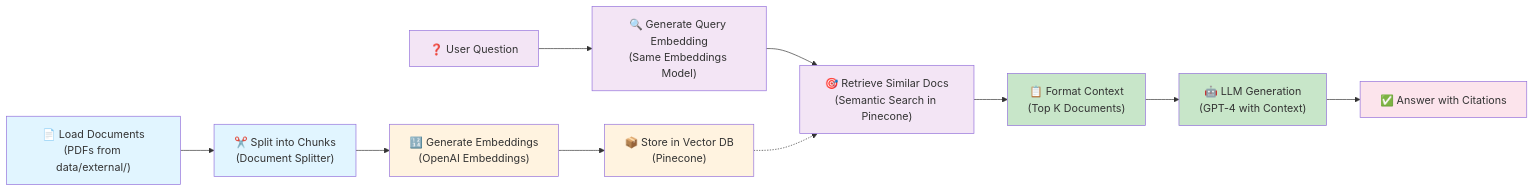
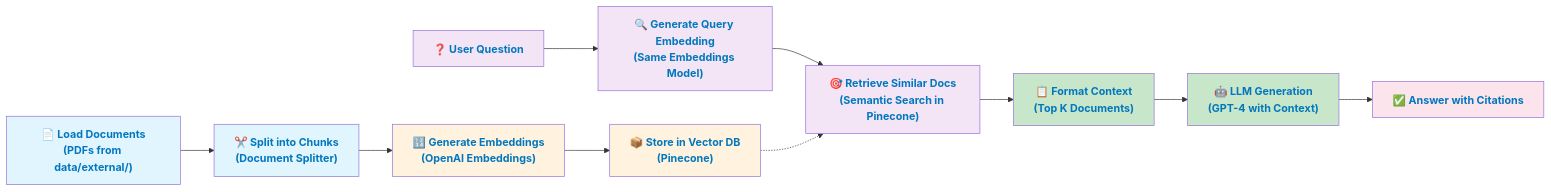
Before and after one commit to omc02/rag: the diagram in README.md, drawn with Mermaid.

Commit message:
upating readme.md

````diff
--- a/README.md
+++ b/README.md
@@ -194,34 +194,34 @@
 ```mermaid
 graph LR
     A["📄 Load Documents<br/>(PDFs from data/external/)"] 
     B["✂️ Split into Chunks<br/>(Document Splitter)"]
     C["🔢 Generate Embeddings<br/>(OpenAI Embeddings)"]
     D["📦 Store in Vector DB<br/>(Pinecone)"]
     E["❓ User Question"]
     F["🔍 Generate Query Embedding<br/>(Same Embeddings Model)"]
     G["🎯 Retrieve Similar Docs<br/>(Semantic Search in Pinecone)"]
     H["📋 Format Context<br/>(Top K Documents)"]
     I["🤖 LLM Generation<br/>(GPT-4 with Context)"]
     J["✅ Answer with Citations"]
     
     A --> B
     B --> C
     C --> D
     E --> F
     F --> G
     G --> H
     D -.-> G
     H --> I
     I --> J
     
-    style A fill:#e1f5ff
-    style B fill:#e1f5ff
-    style C fill:#fff3e0
-    style D fill:#fff3e0
-    style E fill:#f3e5f5
-    style F fill:#f3e5f5
-    style G fill:#f3e5f5
-    style H fill:#c8e6c9
-    style I fill:#c8e6c9
-    style J fill:#fce4ec
+    style A fill:#e1f5ff,color:#0277bd,font-weight:bold
+    style B fill:#e1f5ff,color:#0277bd,font-weight:bold
+    style C fill:#fff3e0,color:#0277bd,font-weight:bold
+    style D fill:#fff3e0,color:#0277bd,font-weight:bold
+    style E fill:#f3e5f5,color:#0277bd,font-weight:bold
+    style F fill:#f3e5f5,color:#0277bd,font-weight:bold
+    style G fill:#f3e5f5,color:#0277bd,font-weight:bold
+    style H fill:#c8e6c9,color:#0277bd,font-weight:bold
+    style I fill:#c8e6c9,color:#0277bd,font-weight:bold
+    style J fill:#fce4ec,color:#0277bd,font-weight:bold
 ```
````
